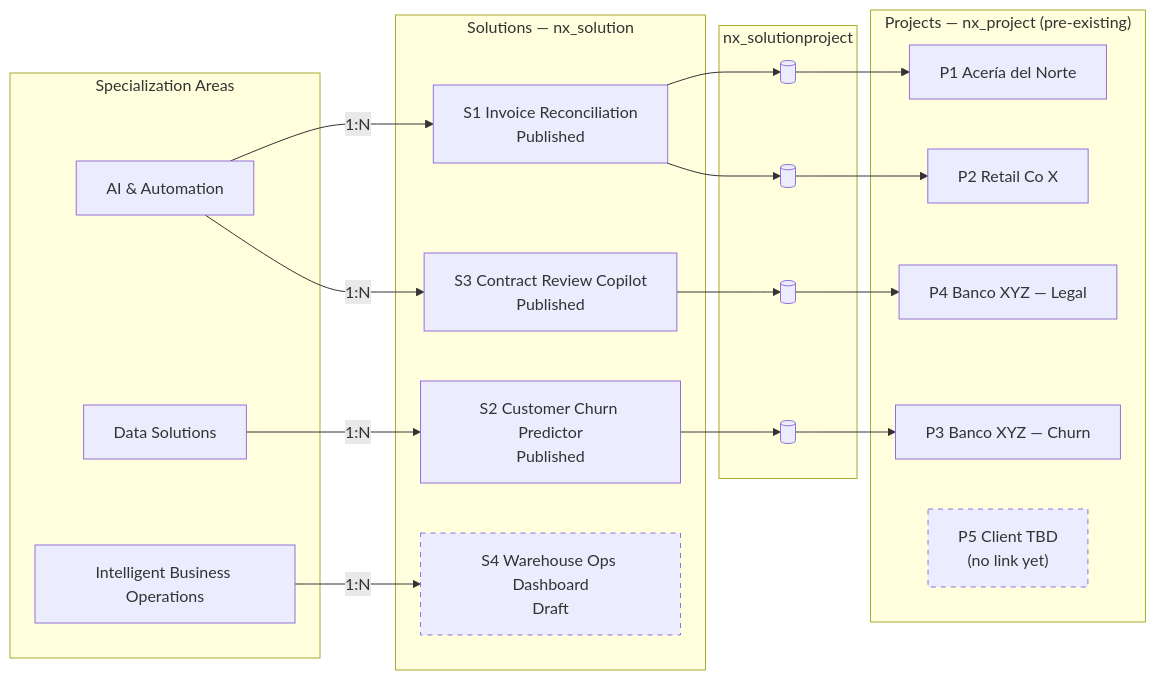
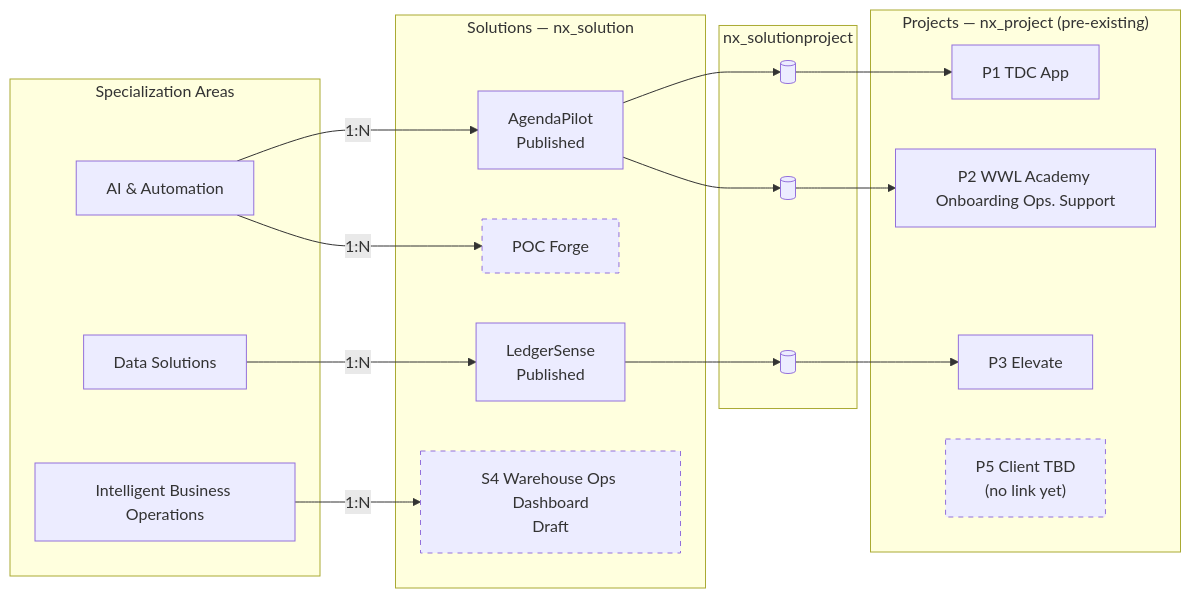
The second of 2 diagrams in docs/data_model/SchemaV2.md (lpreciado-nextant/PRISMA), drawn with Mermaid before and after one commit. The commit also changed other lines of this file, not shown here.

Commit message:
Update SchemaV2.md to reflect new solution and project names, enhancing clarity in the data model

````diff
--- a/docs/data_model/SchemaV2.md
+++ b/docs/data_model/SchemaV2.md
@@ -326,43 +326,41 @@
 ```mermaid
 graph LR
     subgraph SA["Specialization Areas"]
         SA1[AI & Automation]
         SA2[Data Solutions]
         SA3[Intelligent Business Operations]
     end
 
     subgraph SOL["Solutions — nx_solution"]
-        S1["S1 Invoice Reconciliation<br/>Published"]
-        S2["S2 Customer Churn Predictor<br/>Published"]
-        S3["S3 Contract Review Copilot<br/>Published"]
+        S1["AgendaPilot<br/>Published"]
+        S2["LedgerSense<br/>Published"]
+        S3["POC Forge"]
         S4["S4 Warehouse Ops Dashboard<br/>Draft"]
     end
 
     subgraph JOIN["nx_solutionproject"]
         J1[( )]
         J2[( )]
         J3[( )]
-        J4[( )]
     end
 
     subgraph PROJ["Projects — nx_project (pre-existing)"]
-        P1["P1 Acería del Norte"]
-        P2["P2 Retail Co X"]
-        P3["P3 Banco XYZ — Churn"]
-        P4["P4 Banco XYZ — Legal"]
+        P1["P1 TDC App"]
+        P2["P2 WWL Academy Onboarding Ops. Support"]
+        P3["P3 Elevate"]
         P5["P5 Client TBD<br/>(no link yet)"]
     end
 
     SA1 -- 1:N --> S1
     SA1 -- 1:N --> S3
     SA2 -- 1:N --> S2
     SA3 -- 1:N --> S4
 
     S1 --> J1 --> P1
     S1 --> J2 --> P2
     S2 --> J3 --> P3
-    S3 --> J4 --> P4
 
+    style S3 stroke-dasharray: 5 5
     style S4 stroke-dasharray: 5 5
     style P5 stroke-dasharray: 5 5
 ```
````
